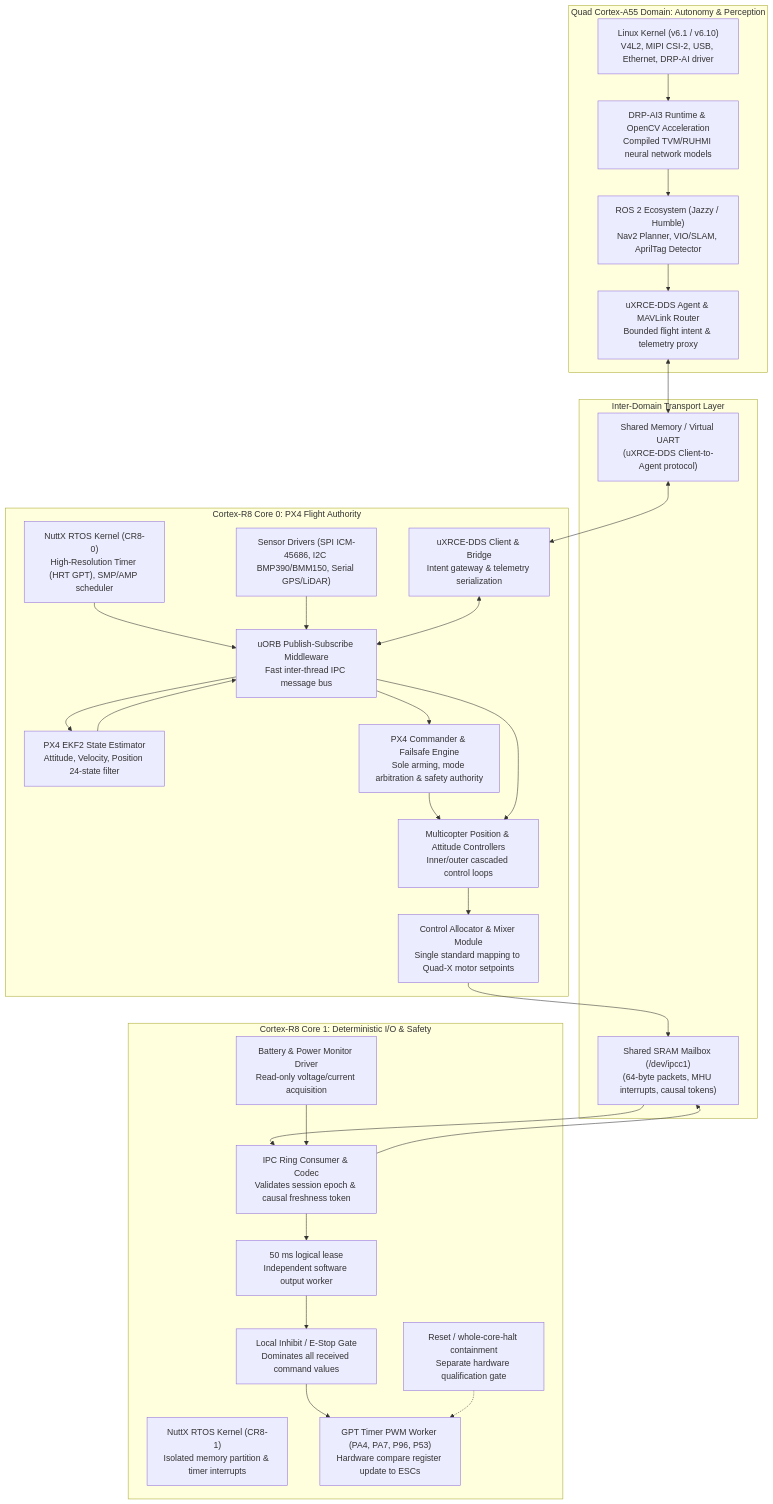
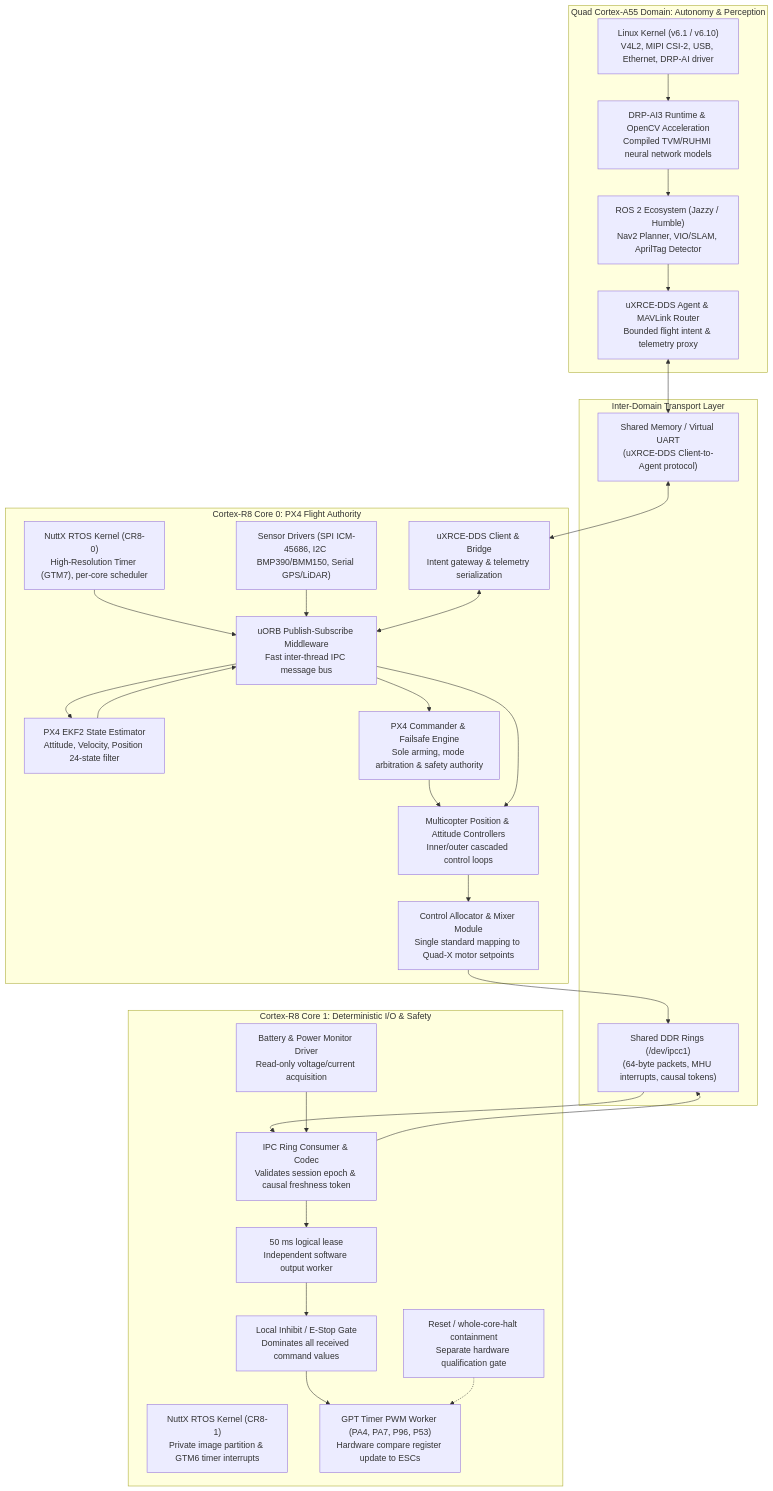
Before and after one commit to nguyentri/PX4-Autopilot: the first of 5 diagrams in docs/renesas/marketing/rzv2h-software-specification.md, drawn with Mermaid. The commit also changed other lines of this file and 14 other files, not shown here.

````diff
--- a/docs/renesas/marketing/rzv2h-software-specification.md
+++ b/docs/renesas/marketing/rzv2h-software-specification.md
@@ -77,61 +77,61 @@
 ```mermaid
 flowchart TD
     subgraph A55["Quad Cortex-A55 Domain: Autonomy & Perception"]
         LinuxKernel["Linux Kernel (v6.1 / v6.10)<br/>V4L2, MIPI CSI-2, USB, Ethernet, DRP-AI driver"]
         DRPAI_SW["DRP-AI3 Runtime & OpenCV Acceleration<br/>Compiled TVM/RUHMI neural network models"]
         ROS2_Stack["ROS 2 Ecosystem (Jazzy / Humble)<br/>Nav2 Planner, VIO/SLAM, AprilTag Detector"]
         BridgeA55["uXRCE-DDS Agent & MAVLink Router<br/>Bounded flight intent & telemetry proxy"]
 
         LinuxKernel --> DRPAI_SW
         DRPAI_SW --> ROS2_Stack
         ROS2_Stack --> BridgeA55
     end
 
     subgraph InterDomain["Inter-Domain Transport Layer"]
         SharedMemDDS["Shared Memory / Virtual UART<br/>(uXRCE-DDS Client-to-Agent protocol)"]
-        SharedMemIPC["Shared SRAM Mailbox (/dev/ipcc1)<br/>(64-byte packets, MHU interrupts, causal tokens)"]
+        SharedMemIPC["Shared DDR Rings (/dev/ipcc1)<br/>(64-byte packets, MHU interrupts, causal tokens)"]
 
         BridgeA55 <--> SharedMemDDS
     end
 
     subgraph CR8_0["Cortex-R8 Core 0: PX4 Flight Authority"]
-        NuttX0["NuttX RTOS Kernel (CR8-0)<br/>High-Resolution Timer (HRT GPT), SMP/AMP scheduler"]
+        NuttX0["NuttX RTOS Kernel (CR8-0)<br/>High-Resolution Timer (GTM7), per-core scheduler"]
         uORB["uORB Publish-Subscribe Middleware<br/>Fast inter-thread IPC message bus"]
         PX4Drivers["Sensor Drivers (SPI ICM-45686, I2C BMP390/BMM150, Serial GPS/LiDAR)"]
         EKF2["PX4 EKF2 State Estimator<br/>Attitude, Velocity, Position 24-state filter"]
         Commander["PX4 Commander & Failsafe Engine<br/>Sole arming, mode arbitration & safety authority"]
         Controllers["Multicopter Position & Attitude Controllers<br/>Inner/outer cascaded control loops"]
         Mixer["Control Allocator & Mixer Module<br/>Single standard mapping to Quad-X motor setpoints"]
         XRCEClient["uXRCE-DDS Client & Bridge<br/>Intent gateway & telemetry serialization"]
 
         NuttX0 --> uORB
         PX4Drivers --> uORB
         uORB --> EKF2
         EKF2 --> uORB
         uORB --> Commander
         Commander --> Controllers
         uORB --> Controllers
         Controllers --> Mixer
         Mixer --> SharedMemIPC
         SharedMemDDS <--> XRCEClient
         XRCEClient <--> uORB
     end
 
     subgraph CR8_1["Cortex-R8 Core 1: Deterministic I/O & Safety"]
-        NuttX1["NuttX RTOS Kernel (CR8-1)<br/>Isolated memory partition & timer interrupts"]
+        NuttX1["NuttX RTOS Kernel (CR8-1)<br/>Private image partition & GTM6 timer interrupts"]
         IPCConsumer["IPC Ring Consumer & Codec<br/>Validates session epoch & causal freshness token"]
         OutputLease["50 ms logical lease<br/>Independent software output worker"]
         Containment["Reset / whole-core-halt containment<br/>Separate hardware qualification gate"]
         KillGate["Local Inhibit / E-Stop Gate<br/>Dominates all received command values"]
         PWMDriver["GPT Timer PWM Worker (PA4, PA7, P96, P53)<br/>Hardware compare register update to ESCs"]
         BattAcq["Battery & Power Monitor Driver<br/>Read-only voltage/current acquisition"]
 
         SharedMemIPC --> IPCConsumer
         IPCConsumer --> OutputLease
         OutputLease --> KillGate
         KillGate --> PWMDriver
         Containment -.-> PWMDriver
         BattAcq --> IPCConsumer
         IPCConsumer --> SharedMemIPC
     end
 ```
````
